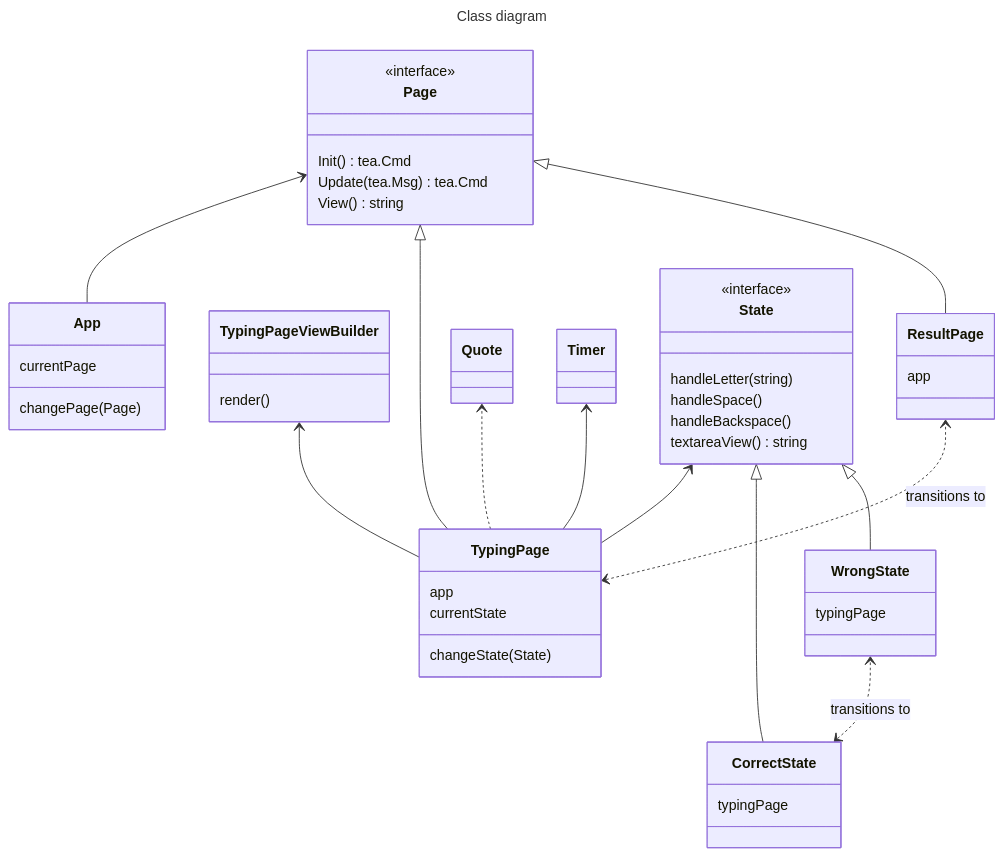
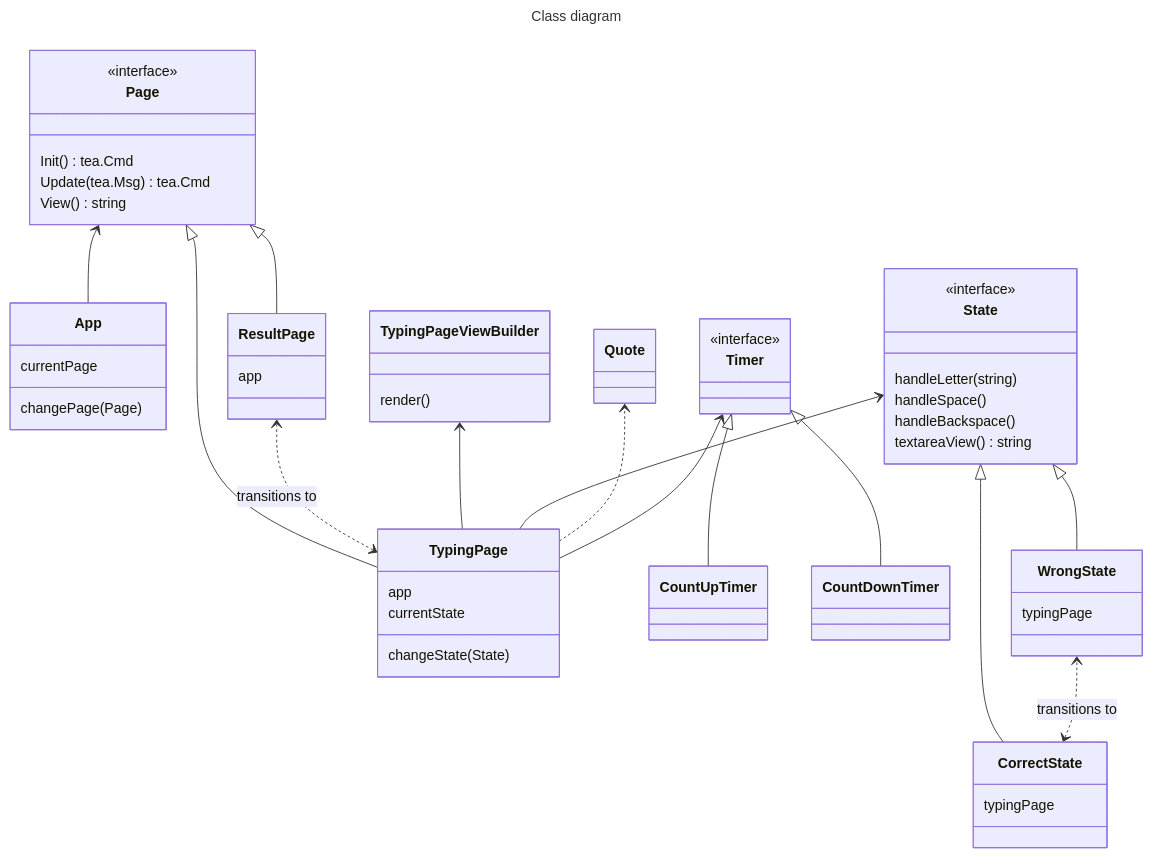
One commit to hofman-tan/type-chan changed the diagram in diagram.md. Above: the diagram before and after it, drawn with Mermaid. The commit also changed 2 other files, not shown here.

Commit message:
Refactor timer structure

````diff
--- a/diagram.md
+++ b/diagram.md
@@ -1,63 +1,72 @@
 ```mermaid
 ---
 title: Class diagram
 ---
 classDiagram
     direction BT
     class App {
       currentPage
       changePage(Page)
     }
 
     class Page {
       <<interface>>
 
       Init() tea.Cmd
       Update(tea.Msg) tea.Cmd
       View() string
     }
     class TypingPage {
       app
       currentState
       changeState(State)
     }
     class TypingPageViewBuilder {
       render()
     }
     class ResultPage{
       app
     }
+    
     class Quote {
     }
+
     class Timer {
+      <<interface>>
+    }
+    class CountUpTimer {
+    }
+    class CountDownTimer {
     }
 
     class State {
       <<interface>> 
 
       handleLetter(string)
       handleSpace()
       handleBackspace()
       textareaView() string
     }
     class CorrectState {
       typingPage
     }
     class WrongState {
       typingPage
     }
 
     App --> Page
     TypingPage --|> Page
     ResultPage --|> Page
     TypingPage <..> ResultPage : transitions to
     TypingPage --> TypingPageViewBuilder
 
     TypingPage --> State
     CorrectState --|> State
     WrongState --|> State
     CorrectState <..> WrongState : transitions to
 
     TypingPage ..> Quote
     TypingPage --> Timer
+    CountUpTimer --|> Timer
+    CountDownTimer --|> Timer
 ```
````
